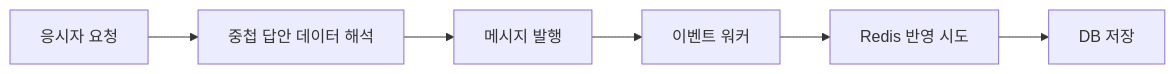
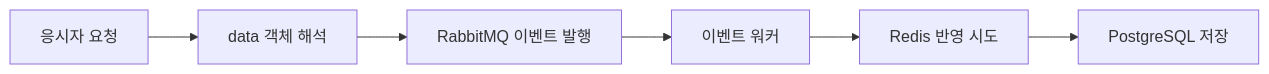
One commit to jeon97/iosys_realtime_assessment_platform changed the diagram in docs/MODERNIZATION.md. Above: the diagram before and after it, drawn with Mermaid. The commit also changed other lines of this file and 24 other files, not shown here.

````diff
--- a/docs/MODERNIZATION.md
+++ b/docs/MODERNIZATION.md
@@ -19,8 +19,8 @@
 ```mermaid
 flowchart LR
-    Request[응시자 요청] --> Parse[중첩 답안 데이터 해석]
-    Parse --> Publish[메시지 발행]
+    Request[응시자 요청] --> Parse[data 객체 해석]
+    Parse --> Publish[RabbitMQ 이벤트 발행]
     Publish --> Worker[이벤트 워커]
     Worker --> Cache[Redis 반영 시도]
-    Cache --> Database[DB 저장]
+    Cache --> Database[PostgreSQL 저장]
 ```
````
